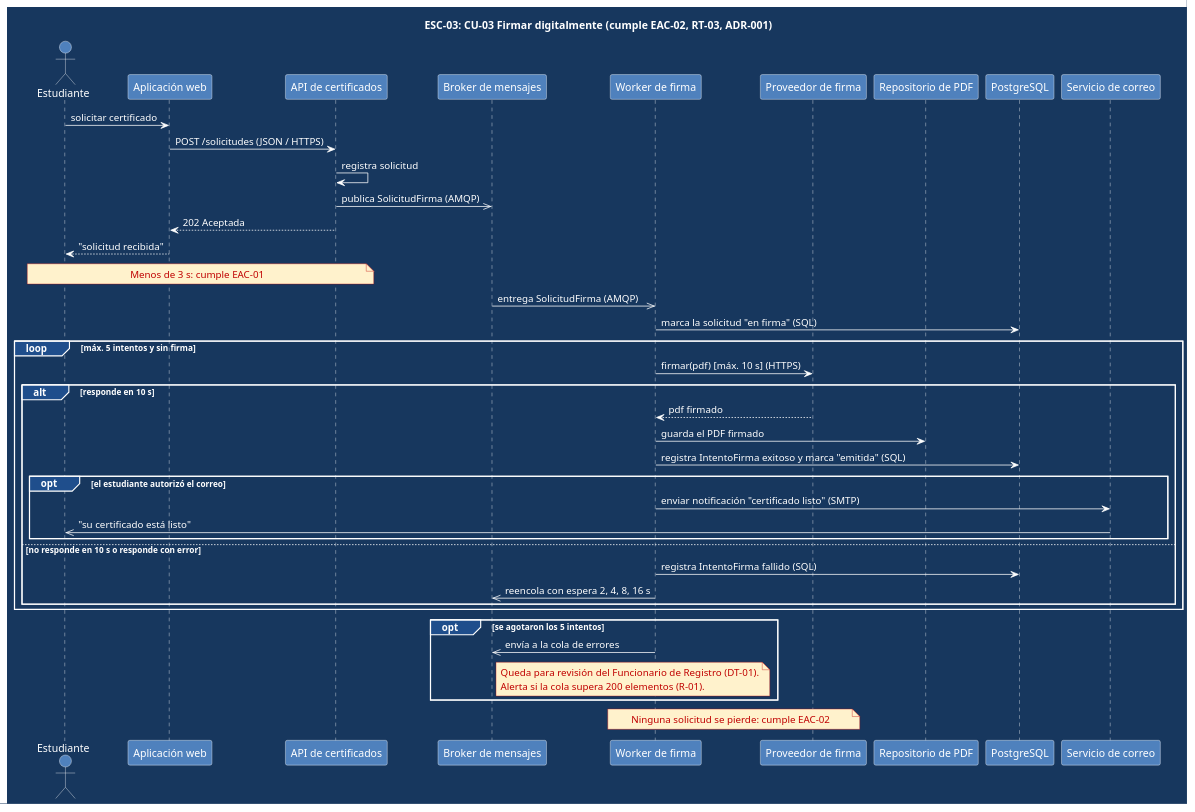
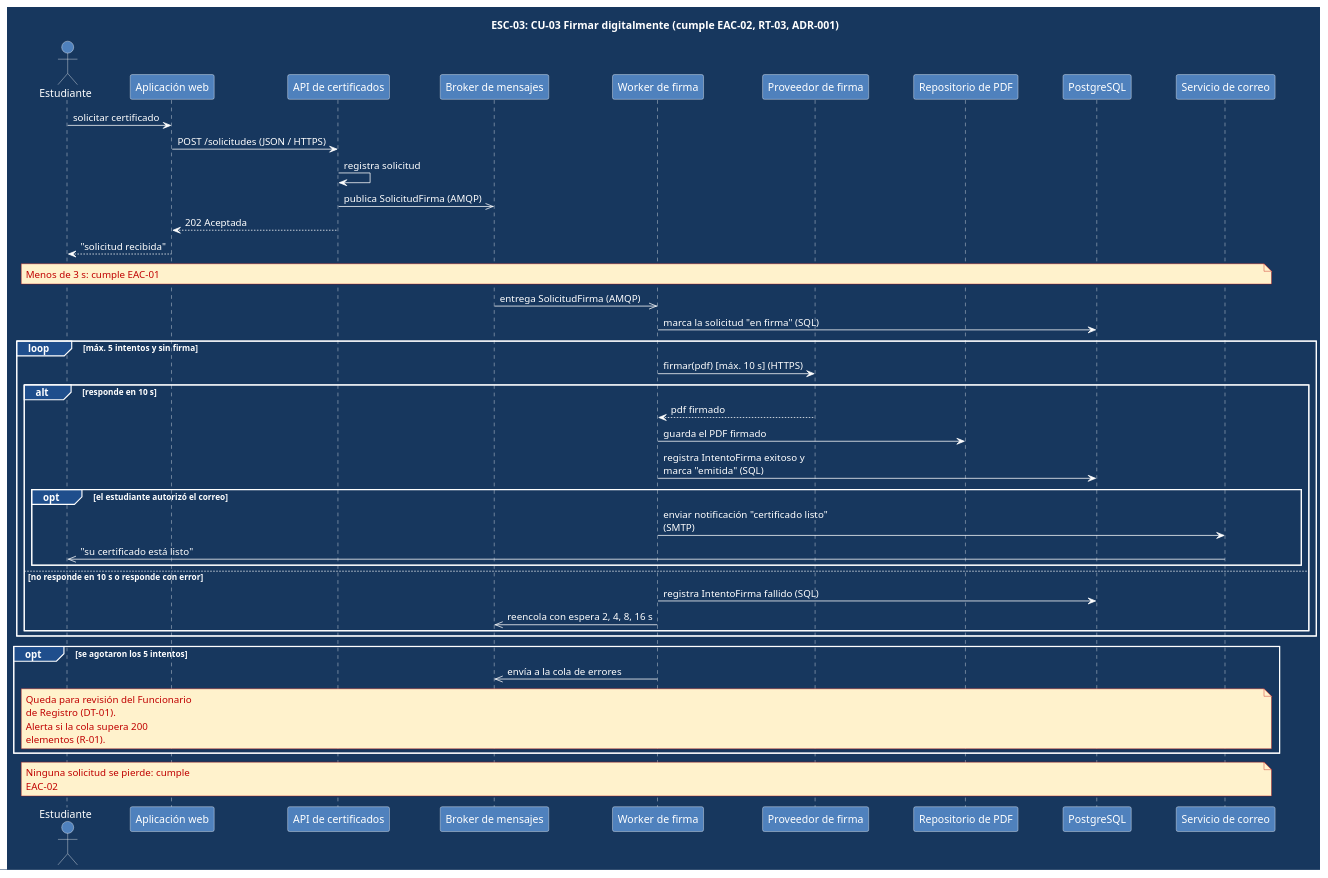
One commit to johnny9052/certificados changed the diagram in docs/diagramas/secuencias/cu03-firmar-digitalmente.puml. Above: the diagram before and after it, drawn with PlantUML. The commit also changed 38 other files, not shown here.

```diff
--- a/docs/diagramas/secuencias/cu03-firmar-digitalmente.puml
+++ b/docs/diagramas/secuencias/cu03-firmar-digitalmente.puml
@@ -1,72 +1,80 @@
 @startuml cu03
 title ESC-03: CU-03 Firmar digitalmente (cumple EAC-02, RT-03, ADR-001)
 skinparam backgroundColor #17375E
 skinparam defaultFontName Arial
 skinparam defaultFontColor white
 skinparam titleFontColor white
 skinparam shadowing false
+skinparam ParticipantPadding 25
+skinparam BoxPadding 10
+skinparam wrapWidth 230
+skinparam maxMessageSize 230
+skinparam responseMessageBelowArrow true
+skinparam sequenceMessageAlign left
+skinparam NoteTextAlignment left
+skinparam SequenceGroupBodyBackgroundColor transparent
 skinparam ArrowColor white
 skinparam ArrowFontColor white
 skinparam sequence {
   LifeLineBorderColor white
   LifeLineBackgroundColor #4F81BD
   ParticipantBackgroundColor #4F81BD
   ParticipantBorderColor white
   ParticipantFontColor white
   ActorBackgroundColor #4F81BD
   ActorBorderColor white
   ActorFontColor white
   GroupBackgroundColor #1F4E8C
   GroupBorderColor white
   GroupFontColor white
   BoxBackgroundColor #1F4E8C
 }
 skinparam note {
   BackgroundColor #FFF2CC
   BorderColor #C00000
   FontColor #C00000
 }
 
 actor Estudiante
 participant "Aplicación web" as Web
 participant "API de certificados" as API
 participant "Broker de mensajes" as Broker
 participant "Worker de firma" as Worker
 participant "Proveedor de firma" as Firma
 participant "Repositorio de PDF" as PDF
 participant "PostgreSQL" as DB
 participant "Servicio de correo" as Correo
 
 Estudiante -> Web : solicitar certificado
 Web -> API : POST /solicitudes (JSON / HTTPS)
 API -> API : registra solicitud
 API ->> Broker : publica SolicitudFirma (AMQP)
 API --> Web : 202 Aceptada
 Web --> Estudiante : "solicitud recibida"
-note over Estudiante, API : Menos de 3 s: cumple EAC-01
+note across : Menos de 3 s: cumple EAC-01
 
 Broker ->> Worker : entrega SolicitudFirma (AMQP)
 Worker -> DB : marca la solicitud "en firma" (SQL)
 
 loop máx. 5 intentos y sin firma
   Worker -> Firma : firmar(pdf) [máx. 10 s] (HTTPS)
   alt responde en 10 s
     Firma --> Worker : pdf firmado
     Worker -> PDF : guarda el PDF firmado
     Worker -> DB : registra IntentoFirma exitoso y marca "emitida" (SQL)
     opt el estudiante autorizó el correo
       Worker -> Correo : enviar notificación "certificado listo" (SMTP)
       Correo ->> Estudiante : "su certificado está listo"
     end
   else no responde en 10 s o responde con error
     Worker -> DB : registra IntentoFirma fallido (SQL)
     Worker ->> Broker : reencola con espera 2, 4, 8, 16 s
   end
 end
 
 opt se agotaron los 5 intentos
   Worker ->> Broker : envía a la cola de errores
-  note right of Broker : Queda para revisión del Funcionario de Registro (DT-01).\nAlerta si la cola supera 200 elementos (R-01).
+  note across : Queda para revisión del Funcionario de Registro (DT-01).\nAlerta si la cola supera 200 elementos (R-01).
 end
-note over Worker, Firma : Ninguna solicitud se pierde: cumple EAC-02
+note across : Ninguna solicitud se pierde: cumple EAC-02
 @enduml
```
